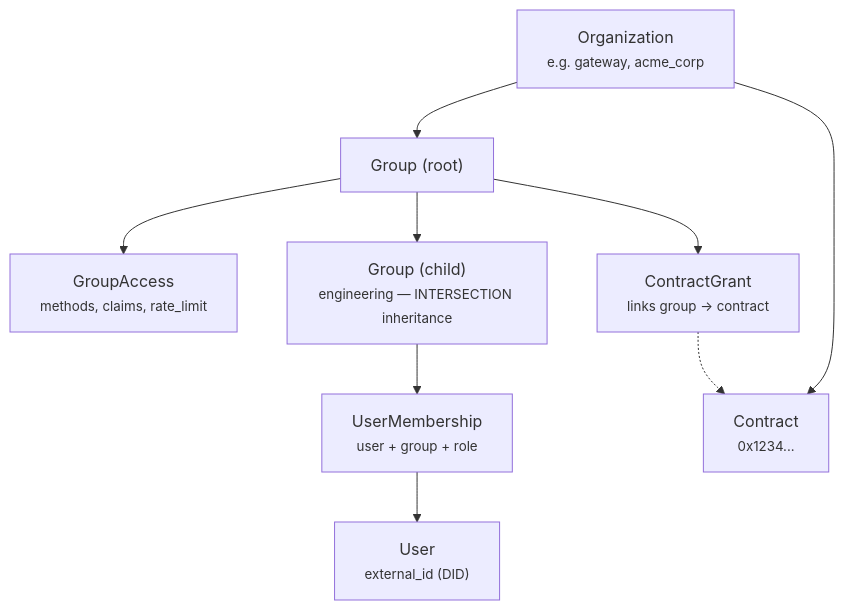
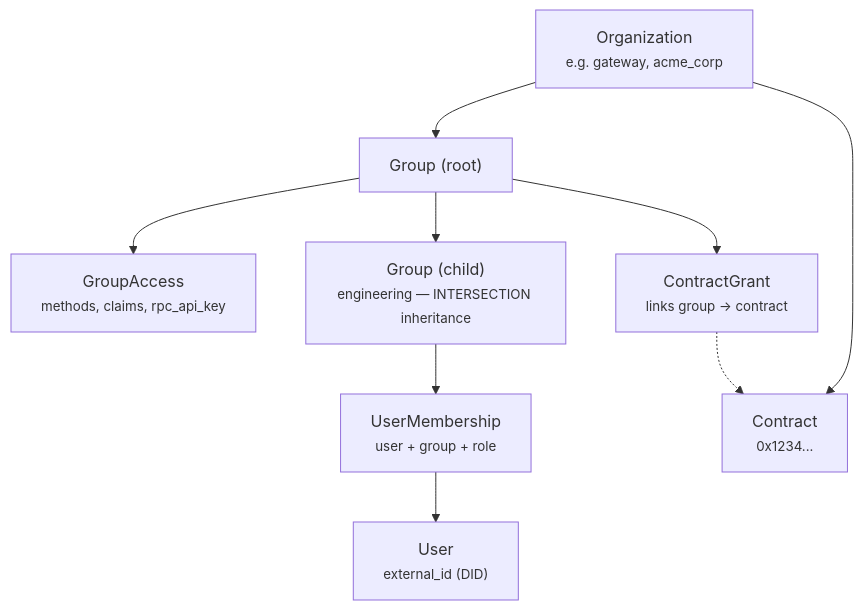
Before and after one commit to alainncls/open-privacy-suite: the second of 3 diagrams in site/src/app/docs/rbac/page.mdx, drawn with Mermaid. The commit also changed other lines of this file and 14 other files, not shown here.

````diff
--- a/site/src/app/docs/rbac/page.mdx
+++ b/site/src/app/docs/rbac/page.mdx
@@ -97,20 +134,20 @@
 ```mermaid
 graph TD
     Org["Organization<br/><small>e.g. gateway, acme_corp</small>"]
     Group["Group (root)"]
-    GA["GroupAccess<br/><small>methods, claims, rate_limit</small>"]
+    GA["GroupAccess<br/><small>methods, claims, rpc_api_key</small>"]
     CG["ContractGrant<br/><small>links group → contract</small>"]
     Child["Group (child)<br/><small>engineering — INTERSECTION inheritance</small>"]
     UM["UserMembership<br/><small>user + group + role</small>"]
     User["User<br/><small>external_id (DID)</small>"]
     Contract["Contract<br/><small>0x1234...</small>"]
 
     Org --> Group
     Org --> Contract
     Group --> GA
     Group --> CG
     Group --> Child
     Child --> UM
     UM --> User
     CG -.-> Contract
 ```
````
